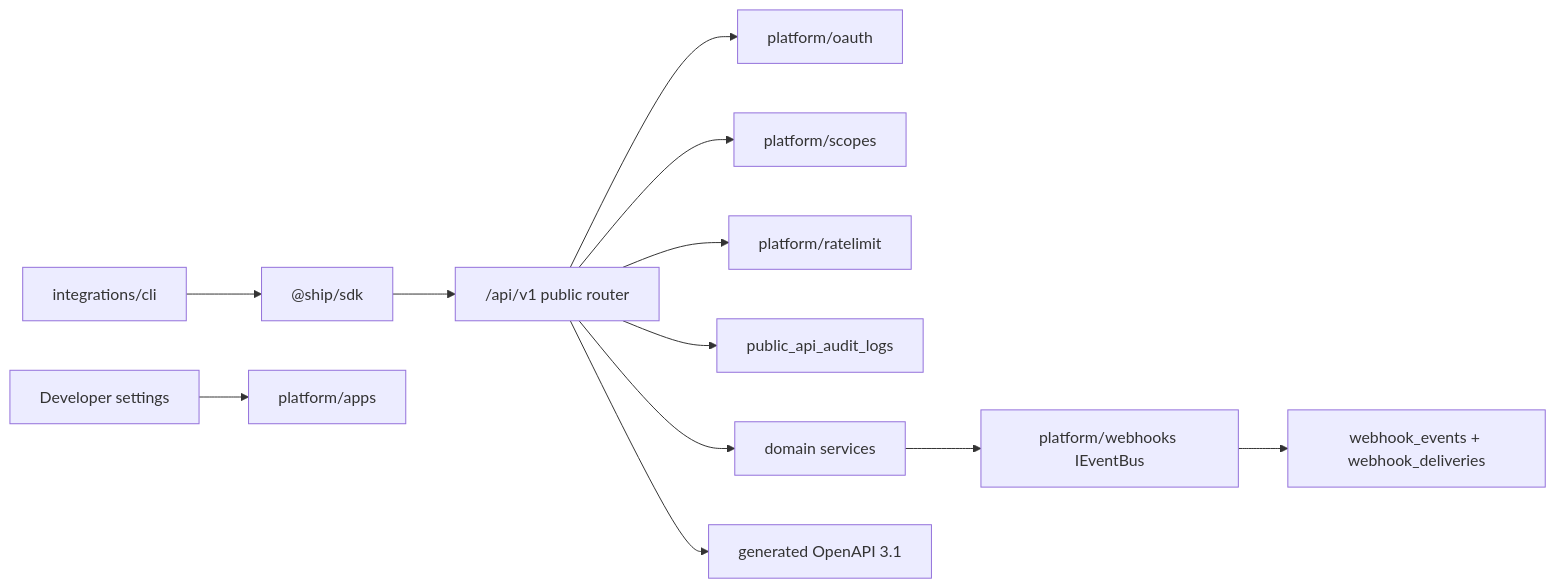
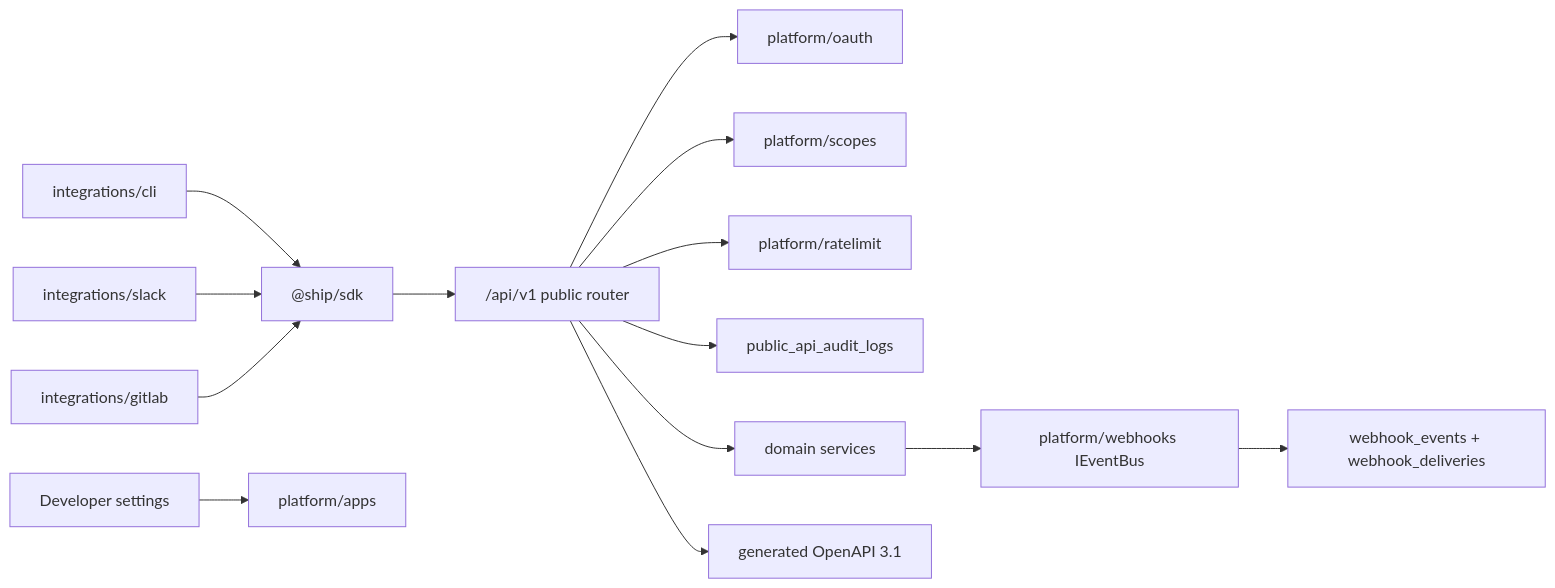
The first of 7 diagrams in docs/architecture.md (MichaelHabermas/ship-shape), drawn with Mermaid before and after one commit. The commit also changed other lines of this file and 46 other files, not shown here.

````diff
--- a/docs/architecture.md
+++ b/docs/architecture.md
@@ -26,14 +31,16 @@
 ```mermaid
 flowchart LR
   SDK["@ship/sdk"] --> V1["/api/v1 public router"]
   Portal["Developer settings"] --> Apps["platform/apps"]
   CLI["integrations/cli"] --> SDK
+  Slack["integrations/slack"] --> SDK
+  GitLab["integrations/gitlab"] --> SDK
   V1 --> OAuth["platform/oauth"]
   V1 --> Scopes["platform/scopes"]
   V1 --> RateLimit["platform/ratelimit"]
   V1 --> Audit["public_api_audit_logs"]
   V1 --> Domain["domain services"]
   Domain --> Bus["platform/webhooks IEventBus"]
   Bus --> Deliveries["webhook_events + webhook_deliveries"]
   V1 --> OpenAPI["generated OpenAPI 3.1"]
 ```
````
